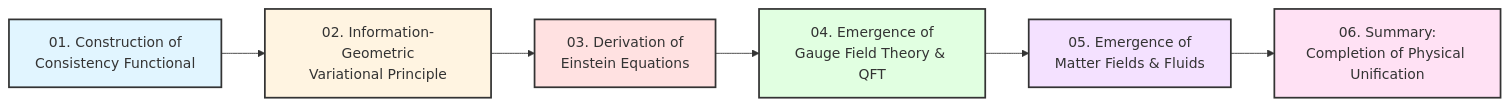
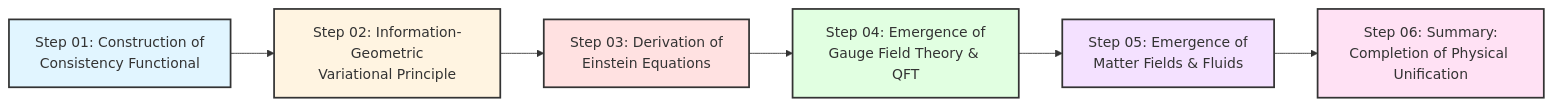
One commit to loning/zeckendorf-hilbert changed the second of 3 diagrams in docs/euler-article/gls-union/11-final-unification/00-intro_en.md. Above: the diagram before and after it, drawn with Mermaid. The commit also changed 26 other files, not shown here.

````diff
--- a/docs/euler-article/gls-union/11-final-unification/00-intro_en.md
+++ b/docs/euler-article/gls-union/11-final-unification/00-intro_en.md
@@ -124,15 +124,15 @@
 ```mermaid
 graph LR
-    A["01. Construction of<br/>Consistency Functional"] --> B["02. Information-Geometric<br/>Variational Principle"]
-    B --> C["03. Derivation of<br/>Einstein Equations"]
-    C --> D["04. Emergence of<br/>Gauge Field Theory & QFT"]
-    D --> E["05. Emergence of<br/>Matter Fields & Fluids"]
-    E --> F["06. Summary:<br/>Completion of Physical Unification"]
+    A["Step 01: Construction of<br/>Consistency Functional"] --> B["Step 02: Information-Geometric<br/>Variational Principle"]
+    B --> C["Step 03: Derivation of<br/>Einstein Equations"]
+    C --> D["Step 04: Emergence of<br/>Gauge Field Theory & QFT"]
+    D --> E["Step 05: Emergence of<br/>Matter Fields & Fluids"]
+    E --> F["Step 06: Summary:<br/>Completion of Physical Unification"]
 
     style A fill:#e1f5ff,stroke:#333,stroke-width:2px
     style B fill:#fff4e1,stroke:#333,stroke-width:2px
     style C fill:#ffe1e1,stroke:#333,stroke-width:2px
     style D fill:#e1ffe1,stroke:#333,stroke-width:2px
     style E fill:#f4e1ff,stroke:#333,stroke-width:2px
     style F fill:#ffe1f4,stroke:#333,stroke-width:2px
 ```
````
